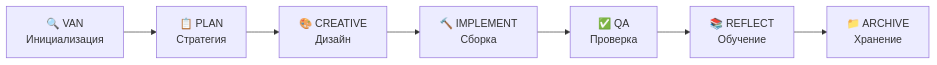
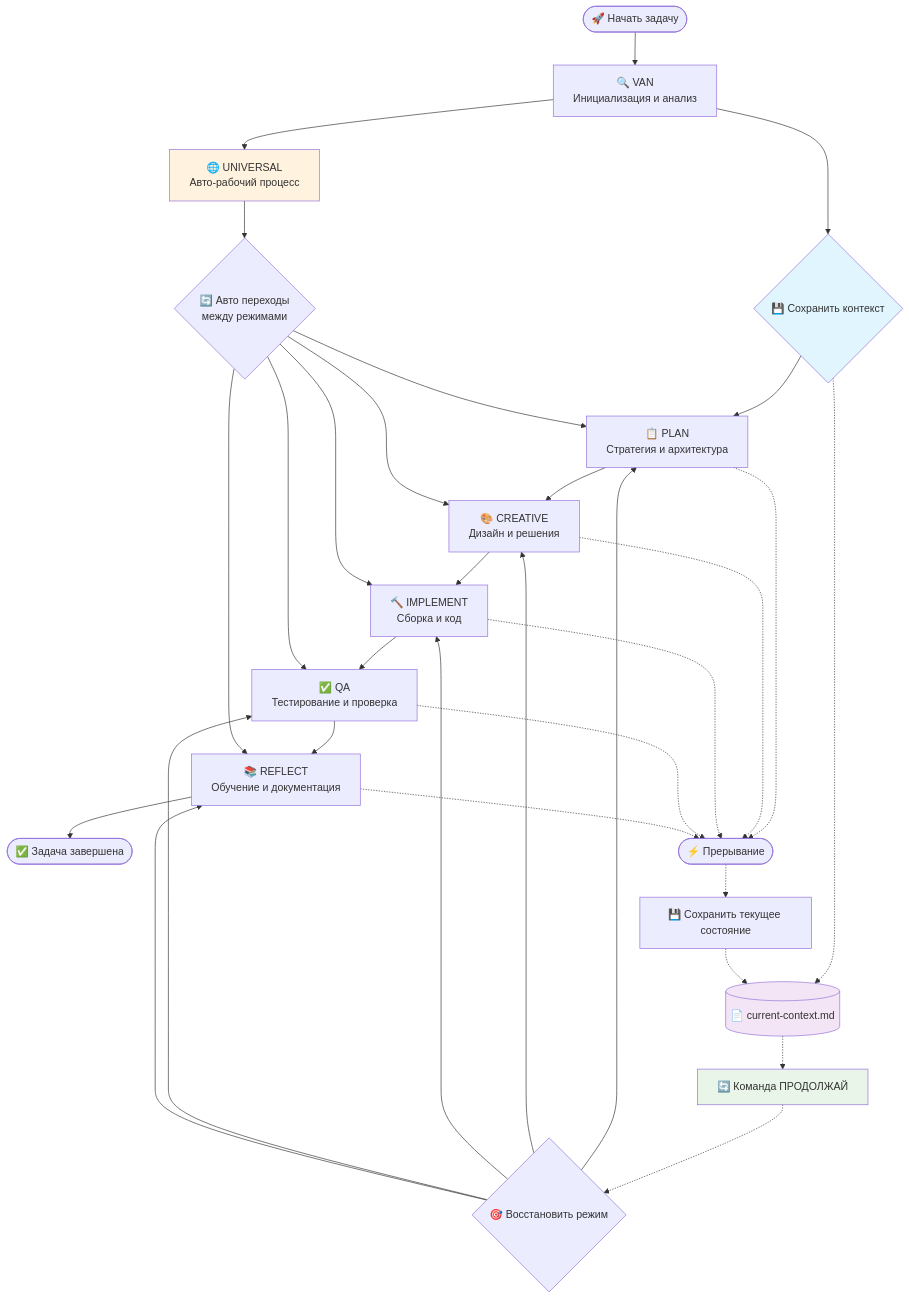
One commit to vanzan01/cursor-memory-bank changed the diagram in README_ru.md. Above: the diagram before and after it, drawn with Mermaid. The commit also changed other lines of this file and 26 other files, not shown here.

````diff
--- a/README_ru.md
+++ b/README_ru.md
@@ -115,9 +121,44 @@
 ```mermaid
-graph LR
-    VAN[🔍 VAN<br>Инициализация] --> PLAN[📋 PLAN<br>Стратегия]
-    PLAN --> CREATIVE[🎨 CREATIVE<br>Дизайн]
-    CREATIVE --> IMPLEMENT[🔨 IMPLEMENT<br>Сборка]
-    IMPLEMENT --> QA[✅ QA<br>Проверка]
-    QA --> REFLECT[📚 REFLECT<br>Обучение]
-    REFLECT --> ARCHIVE[📁 ARCHIVE<br>Хранение]
+graph TD
+    Start([🚀 Начать задачу]) --> VAN[🔍 VAN<br>Инициализация и анализ]
+    VAN --> SaveContext{💾 Сохранить контекст}
+    SaveContext --> PLAN[📋 PLAN<br>Стратегия и архитектура]
+    PLAN --> CREATIVE[🎨 CREATIVE<br>Дизайн и решения]
+    CREATIVE --> IMPLEMENT[🔨 IMPLEMENT<br>Сборка и код]
+    IMPLEMENT --> QA[✅ QA<br>Тестирование и проверка]
+    QA --> REFLECT[📚 REFLECT<br>Обучение и документация]
+    REFLECT --> Complete([✅ Задача завершена])
+
+    %% Управление контекстом
+    SaveContext -.-> ContextFile[(📄 current-context.md)]
+    ContextFile -.-> Continue[🔄 Команда ПРОДОЛЖАЙ]
+    Continue -.-> RestoreMode{🎯 Восстановить режим}
+    RestoreMode --> PLAN
+    RestoreMode --> CREATIVE
+    RestoreMode --> IMPLEMENT
+    RestoreMode --> QA
+    RestoreMode --> REFLECT
+
+    %% Универсальный режим
+    VAN --> UNIVERSAL[🌐 UNIVERSAL<br>Авто-рабочий процесс]
+    UNIVERSAL --> AutoTransition{🔄 Авто переходы<br>между режимами}
+    AutoTransition --> PLAN
+    AutoTransition --> CREATIVE
+    AutoTransition --> IMPLEMENT
+    AutoTransition --> QA
+    AutoTransition --> REFLECT
+
+    %% Обработка прерываний
+    PLAN -.-> Interrupt([⚡ Прерывание])
+    CREATIVE -.-> Interrupt
+    IMPLEMENT -.-> Interrupt
+    QA -.-> Interrupt
+    REFLECT -.-> Interrupt
+    Interrupt -.-> SaveState[💾 Сохранить текущее состояние]
+    SaveState -.-> ContextFile
+
+    style SaveContext fill:#e1f5fe
+    style ContextFile fill:#f3e5f5
+    style Continue fill:#e8f5e8
+    style UNIVERSAL fill:#fff3e0
 ```
````
